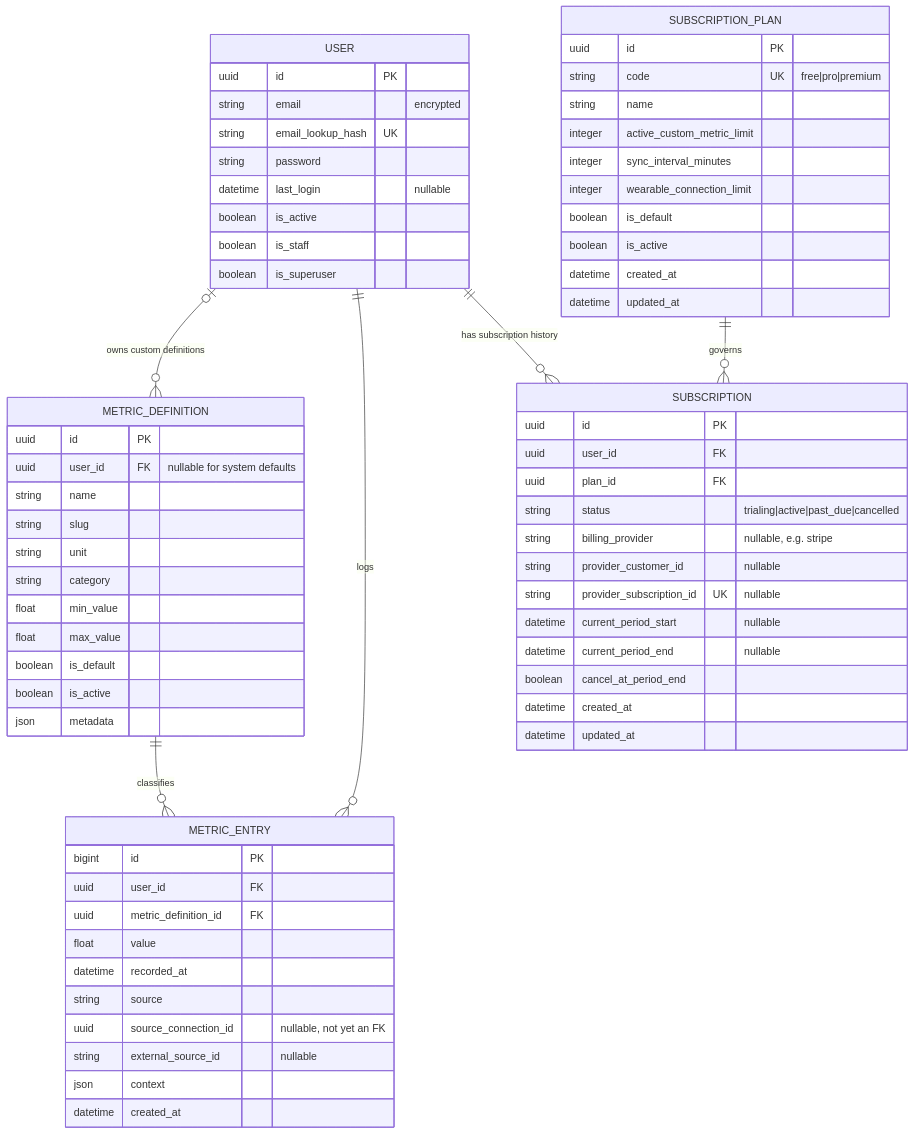
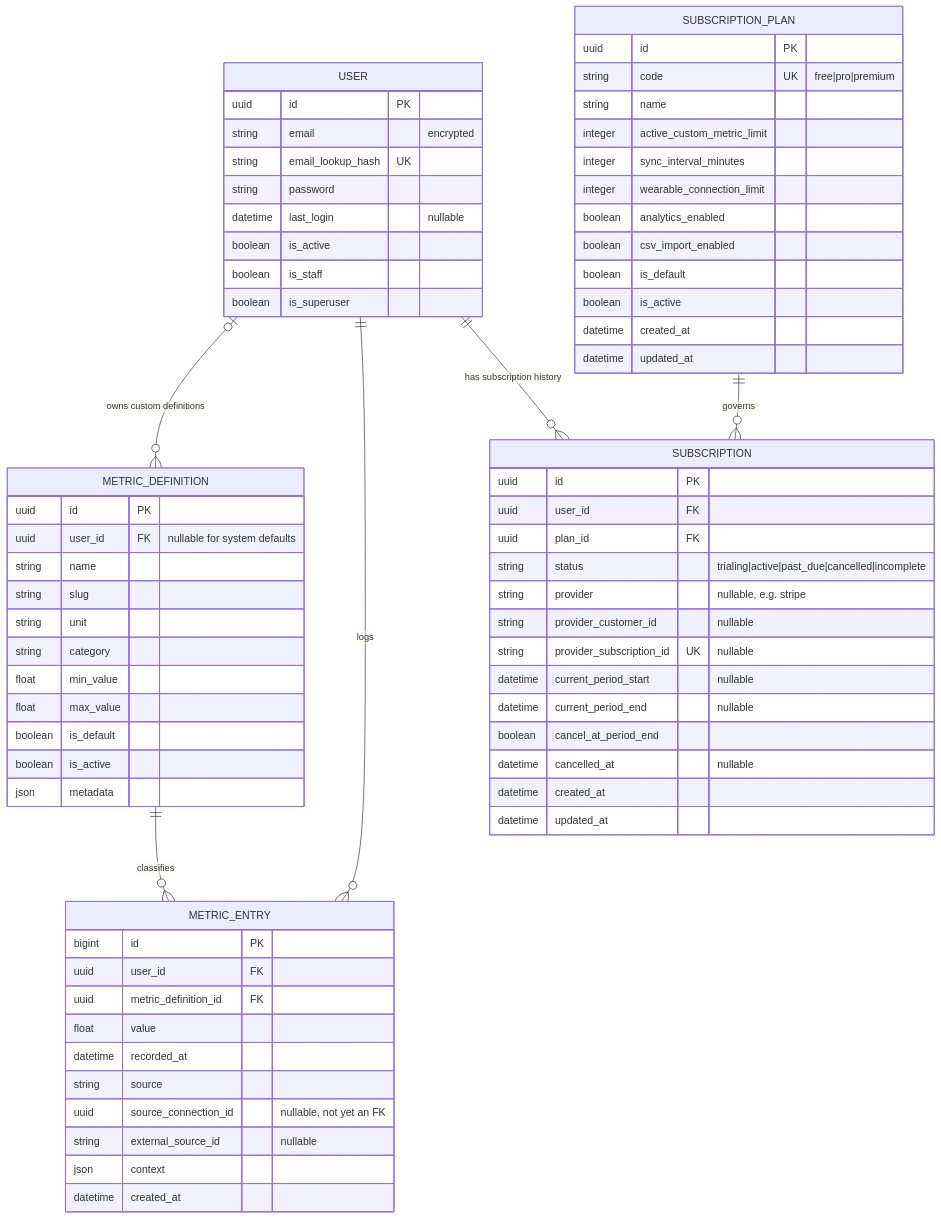
One commit to elvisrepo/long changed the diagram in reference_docs/knowledge/diagrams/current-plus-subscription-plan-erd.md. Above: the diagram before and after it, drawn with Mermaid. The commit also changed other lines of this file and 5 other files, not shown here.

````diff
--- a/reference_docs/knowledge/diagrams/current-plus-subscription-plan-erd.md
+++ b/reference_docs/knowledge/diagrams/current-plus-subscription-plan-erd.md
@@ -12,79 +12,82 @@
 ```mermaid
 erDiagram
     %% IMPLEMENTED DOMAIN TABLES
 
     USER o|--o{ METRIC_DEFINITION : "owns custom definitions"
     USER ||--o{ METRIC_ENTRY : logs
     METRIC_DEFINITION ||--o{ METRIC_ENTRY : classifies
 
     USER {
         uuid id PK
         string email "encrypted"
         string email_lookup_hash UK
         string password
         datetime last_login "nullable"
         boolean is_active
         boolean is_staff
         boolean is_superuser
     }
 
     METRIC_DEFINITION {
         uuid id PK
         uuid user_id FK "nullable for system defaults"
         string name
         string slug
         string unit
         string category
         float min_value
         float max_value
         boolean is_default
         boolean is_active
         json metadata
     }
 
     METRIC_ENTRY {
         bigint id PK
         uuid user_id FK
         uuid metric_definition_id FK
         float value
         datetime recorded_at
         string source
         uuid source_connection_id "nullable, not yet an FK"
         string external_source_id "nullable"
         json context
         datetime created_at
     }
 
-    %% NEXT PLANNED SUBSCRIPTION AND ENTITLEMENT TABLES
+    %% IMPLEMENTED SUBSCRIPTION AND ENTITLEMENT TABLES
 
     USER ||--o{ SUBSCRIPTION : "has subscription history"
     SUBSCRIPTION_PLAN ||--o{ SUBSCRIPTION : governs
 
     SUBSCRIPTION_PLAN {
         uuid id PK
         string code UK "free|pro|premium"
         string name
         integer active_custom_metric_limit
         integer sync_interval_minutes
         integer wearable_connection_limit
+        boolean analytics_enabled
+        boolean csv_import_enabled
         boolean is_default
         boolean is_active
         datetime created_at
         datetime updated_at
     }
 
     SUBSCRIPTION {
         uuid id PK
         uuid user_id FK
         uuid plan_id FK
-        string status "trialing|active|past_due|cancelled"
-        string billing_provider "nullable, e.g. stripe"
+        string status "trialing|active|past_due|cancelled|incomplete"
+        string provider "nullable, e.g. stripe"
         string provider_customer_id "nullable"
         string provider_subscription_id UK "nullable"
         datetime current_period_start "nullable"
         datetime current_period_end "nullable"
         boolean cancel_at_period_end
+        datetime cancelled_at "nullable"
         datetime created_at
         datetime updated_at
     }
 ```
````
